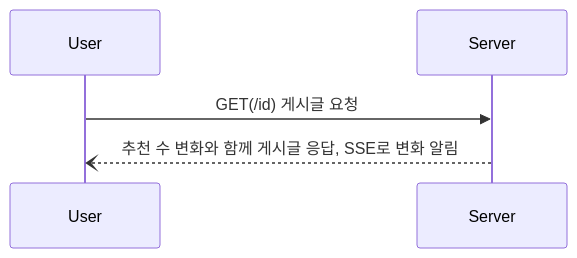
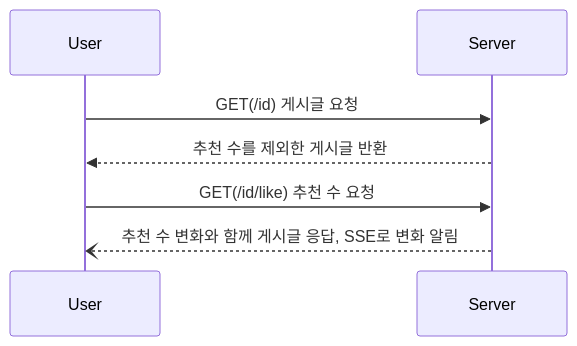
One commit to GoGradually/SSE-and-WebSocket changed the first of 4 diagrams in README.md. Above: the diagram before and after it, drawn with Mermaid. The commit also changed other lines of this file, not shown here.

````diff
--- a/README.md
+++ b/README.md
@@ -57,5 +57,9 @@
 ```mermaid
 sequenceDiagram
     User ->> Server: GET(/id) 게시글 요청
+    Server-->>User: 추천 수를 제외한 게시글 반환
+    
+    User ->> Server: GET(/id/like) 추천 수 요청
     Server --) User: 추천 수 변화와 함께 게시글 응답, SSE로 변화 알림
+    
 ```
````
